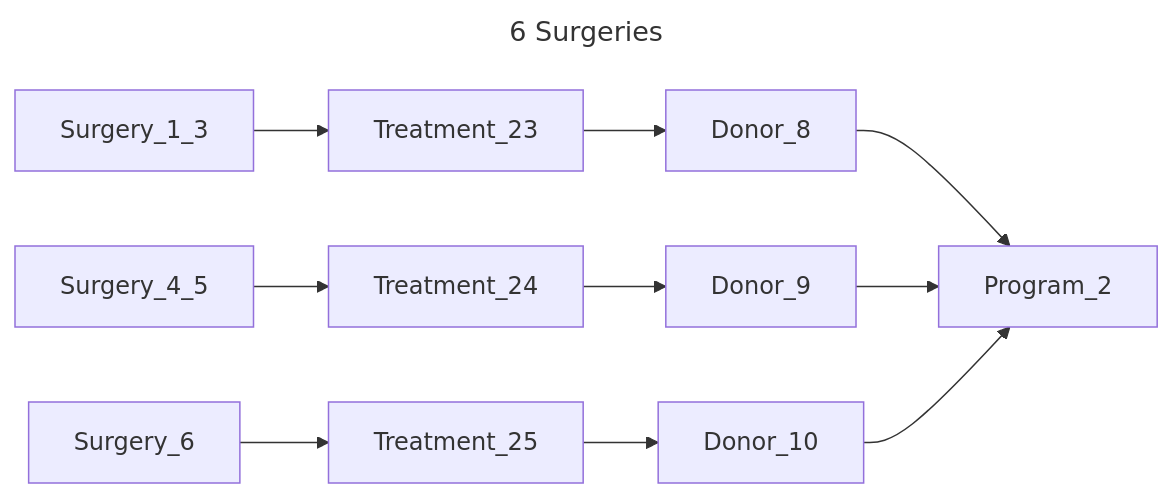
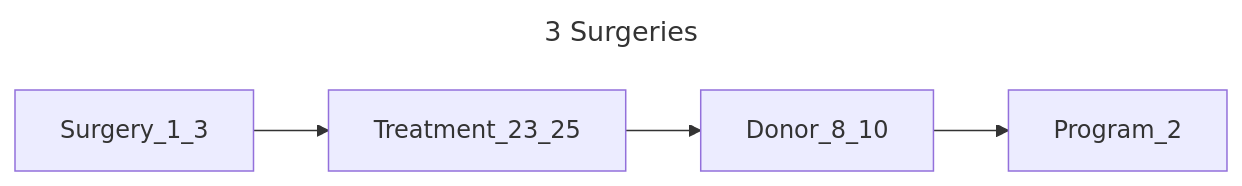
The tenth of 14 diagrams in chord_metadata_service/mohpackets/data/small_dataset/README.md (bento-platform/katsu), drawn with Mermaid before and after one commit. The commit also changed other lines of this file, not shown here.

````diff
--- a/chord_metadata_service/mohpackets/data/small_dataset/README.md
+++ b/chord_metadata_service/mohpackets/data/small_dataset/README.md
@@ -146,9 +144,7 @@
 ```mermaid
 ---
-title: 6 Surgeries
+title: 3 Surgeries
 ---
 graph LR;  
-  Surgery_1_3 --> Treatment_23 --> Donor_8 --> Program_2;  
-  Surgery_4_5 --> Treatment_24 --> Donor_9 --> Program_2; 
-  Surgery_6 --> Treatment_25 --> Donor_10 --> Program_2; 
+  Surgery_1_3 --> Treatment_23_25 --> Donor_8_10 --> Program_2;  
 ```
````
